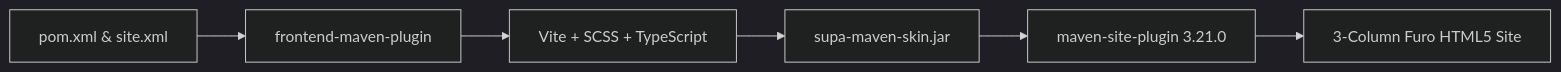
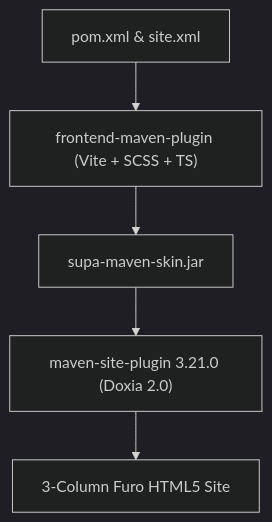
One commit to mepcotterell/supa-maven-skin changed the diagram in src/site/markdown/kitchen-sink.md. Above: the diagram before and after it, drawn with Mermaid (dark theme). The commit also changed 5 other files, not shown here.

Commit message:
Improve mobile layout for search dialog, steppers, OTP inputs, Mermaid diagrams, and page navigation

````diff
--- a/src/site/markdown/kitchen-sink.md
+++ b/src/site/markdown/kitchen-sink.md
@@ -134,8 +134,7 @@
 ```mermaid
-flowchart LR
-    A[pom.xml & site.xml] --> B[frontend-maven-plugin]
-    B --> C[Vite + SCSS + TypeScript]
-    C --> D[supa-maven-skin.jar]
-    D --> E[maven-site-plugin 3.21.0]
-    E --> F[3-Column Furo HTML5 Site]
+flowchart TD
+    A["pom.xml & site.xml"] --> B["frontend-maven-plugin (Vite + SCSS + TS)"]
+    B --> C["supa-maven-skin.jar"]
+    C --> D["maven-site-plugin 3.21.0 (Doxia 2.0)"]
+    D --> E["3-Column Furo HTML5 Site"]
 ```
````
